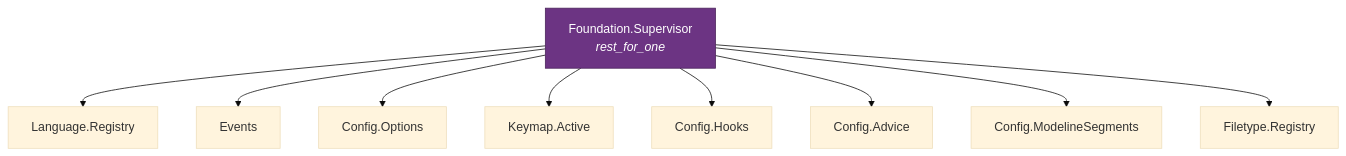
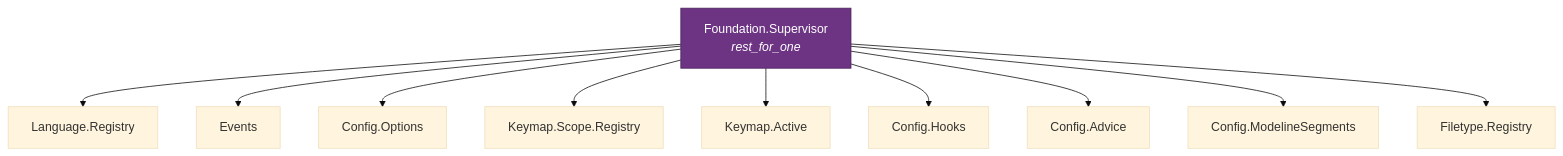
The third of 10 diagrams in docs/ARCHITECTURE.md (jsmestad/minga), drawn with Mermaid (base theme) before and after one commit. The commit also changed other lines of this file and 7 other files, not shown here.

First line of the commit message:
fix(keymap): serialize scope and cleanup registrations through one owner

````diff
--- a/docs/ARCHITECTURE.md
+++ b/docs/ARCHITECTURE.md
@@ -201,14 +203,15 @@
 ```mermaid
 graph TD
     FOUND["Foundation.Supervisor<br/><i>rest_for_one</i>"]
     FOUND --> LANG["Language.Registry"]
     FOUND --> EVENTS["Events"]
     FOUND --> OPTS["Config.Options"]
+    FOUND --> SCOPES["Keymap.Scope.Registry"]
     FOUND --> KEYMAP["Keymap.Active"]
     FOUND --> HOOKS["Config.Hooks"]
     FOUND --> ADVICE["Config.Advice"]
     FOUND --> MODELINE["Config.ModelineSegments"]
     FOUND --> FT["Filetype.Registry"]
 
     style FOUND fill:#6c3483,stroke:#4a235a,color:#fff
 ```
````
